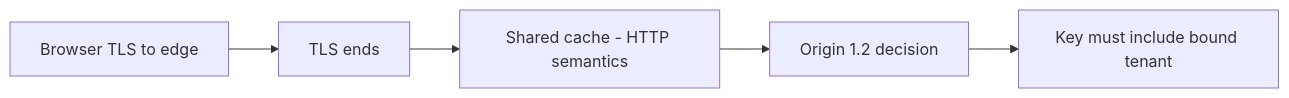
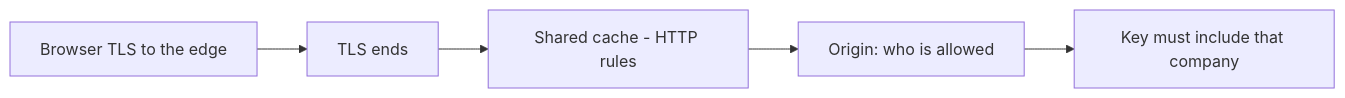
Before and after one commit to ishitvagoel/LearnSecurity: the first of 2 diagrams in content/modules/2/2.2/lessons/01-property.md, drawn with Mermaid. The commit also changed other lines of this file and 7 other files, not shown here.

````diff
--- a/content/modules/2/2.2/lessons/01-property.md
+++ b/content/modules/2/2.2/lessons/01-property.md
@@ -19,7 +20,7 @@
 ```mermaid
 flowchart LR
-  Browser["Browser TLS to edge"] --> Edge[TLS ends]
-  Edge --> Cache["Shared cache - HTTP semantics"]
-  Cache --> Origin["Origin 1.2 decision"]
-  Origin --> Key["Key must include bound tenant"]
+  Browser["Browser TLS to the edge"] --> Edge[TLS ends]
+  Edge --> Cache["Shared cache - HTTP rules"]
+  Cache --> Origin["Origin: who is allowed"]
+  Origin --> Key["Key must include that company"]
 ```
````
